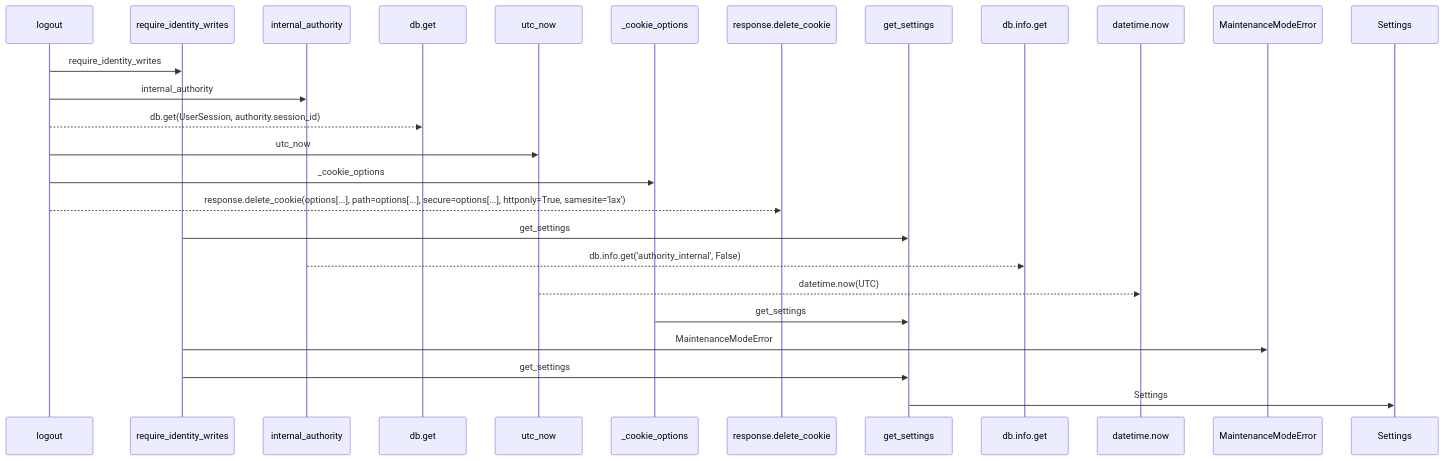
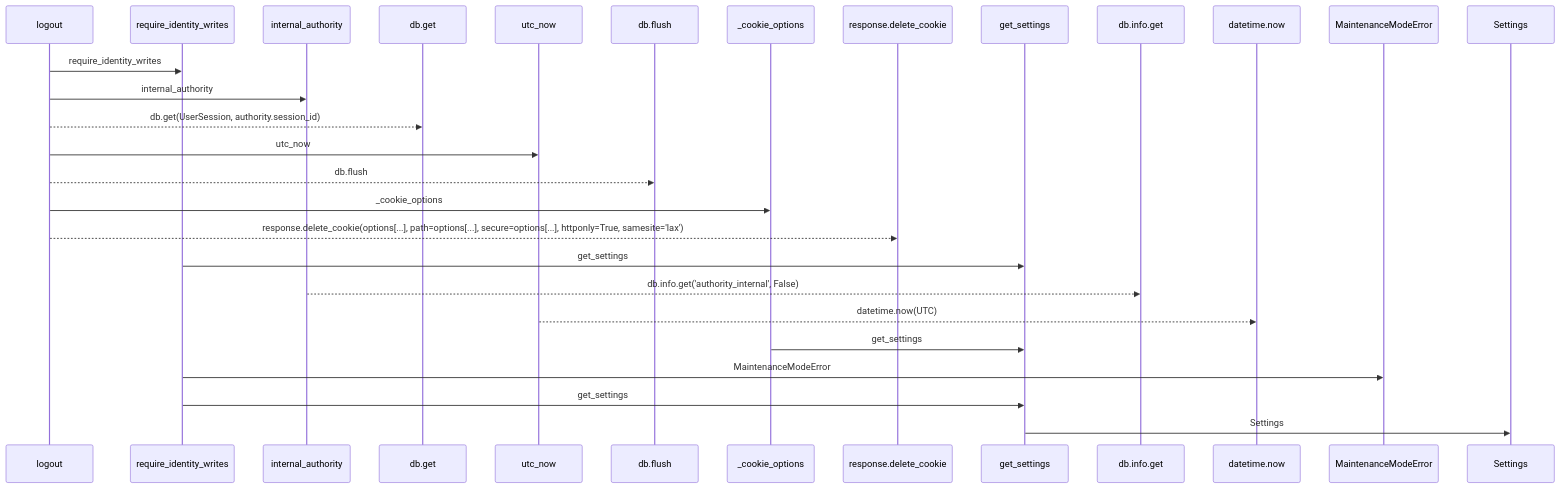
Before and after one commit to Denissvgn/WorkChord: the first of 2 diagrams in docs/llm_wiki/flows/http-logout.md, drawn with Mermaid. The commit also changed other lines of this file and 1048 other files, not shown here.

````diff
--- a/docs/llm_wiki/flows/http-logout.md
+++ b/docs/llm_wiki/flows/http-logout.md
@@ -22,28 +22,30 @@
 ```mermaid
 sequenceDiagram
     participant p0 as logout
     participant p1 as require_identity_writes
     participant p2 as internal_authority
     participant p3 as db.get
     participant p4 as utc_now
-    participant p5 as _cookie_options
-    participant p6 as response.delete_cookie
-    participant p7 as get_settings
-    participant p8 as db.info.get
-    participant p9 as datetime.now
-    participant p10 as MaintenanceModeError
-    participant p11 as Settings
+    participant p5 as db.flush
+    participant p6 as _cookie_options
+    participant p7 as response.delete_cookie
+    participant p8 as get_settings
+    participant p9 as db.info.get
+    participant p10 as datetime.now
+    participant p11 as MaintenanceModeError
+    participant p12 as Settings
     p0->>p1: require_identity_writes
     p0->>p2: internal_authority
     p0-->>p3: db.get(UserSession, authority.session_id)
     p0->>p4: utc_now
-    p0->>p5: _cookie_options
-    p0-->>p6: response.delete_cookie(options[...], path=options[...], secure=options[...], httponly=True, samesite='lax')
-    p1->>p7: get_settings
-    p2-->>p8: db.info.get('authority_internal', False)
-    p4-->>p9: datetime.now(UTC)
-    p5->>p7: get_settings
-    p1->>p10: MaintenanceModeError
-    p1->>p7: get_settings
-    p7->>p11: Settings
+    p0-->>p5: db.flush
+    p0->>p6: _cookie_options
+    p0-->>p7: response.delete_cookie(options[...], path=options[...], secure=options[...], httponly=True, samesite='lax')
+    p1->>p8: get_settings
+    p2-->>p9: db.info.get('authority_internal', False)
+    p4-->>p10: datetime.now(UTC)
+    p6->>p8: get_settings
+    p1->>p11: MaintenanceModeError
+    p1->>p8: get_settings
+    p8->>p12: Settings
 ```
````
